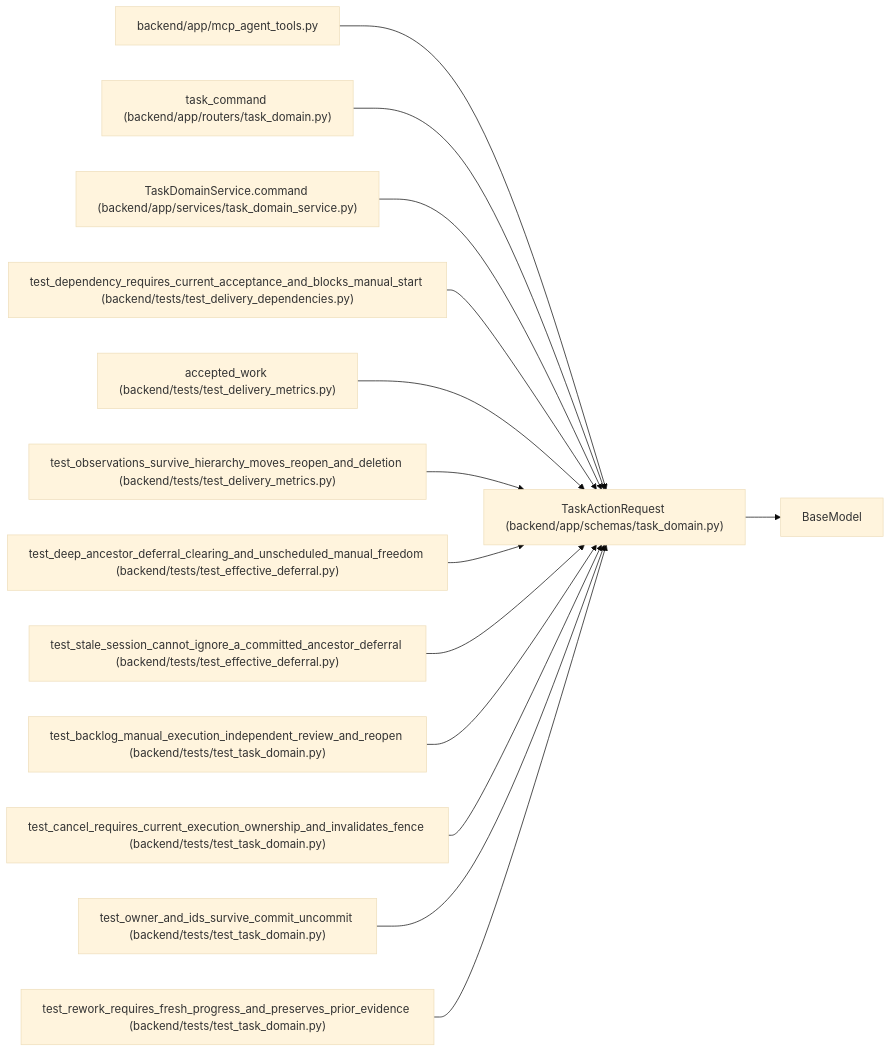
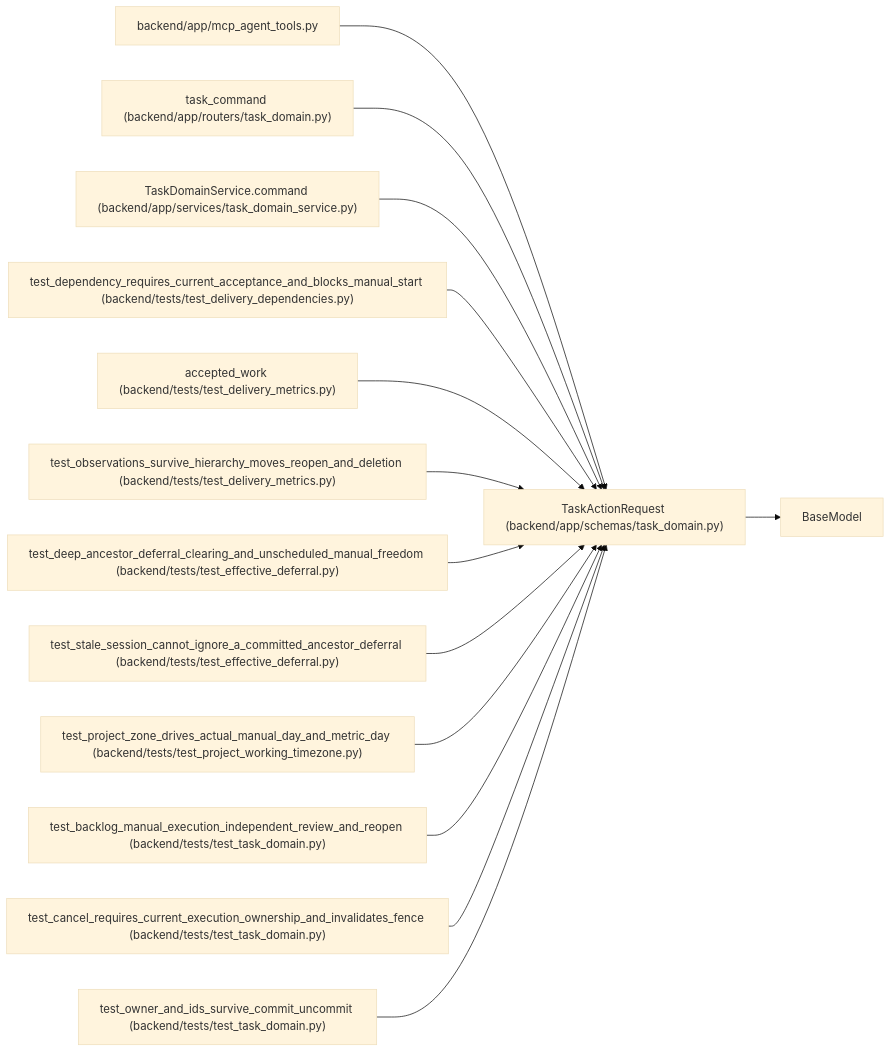
Before and after one commit to Denissvgn/WorkChord: the diagram in docs/llm_wiki/entities/TaskActionRequest.md, drawn with Mermaid (base theme). The commit also changed other lines of this file and 271 other files, not shown here.

Commit message:
docs(wiki): document declared project working zones

````diff
--- a/docs/llm_wiki/entities/TaskActionRequest.md
+++ b/docs/llm_wiki/entities/TaskActionRequest.md
@@ -46,43 +46,43 @@
 ```mermaid
 flowchart LR
     n0["TaskActionRequest (backend/app/schemas/task_domain.py)"]
     n1["BaseModel"]
     n2["backend/app/mcp_agent_tools.py"]
     n3["task_command (backend/app/routers/task_domain.py)"]
     n4["TaskDomainService.command (backend/app/services/task_domain_service.py)"]
     n5["test_dependency_requires_current_acceptance_and_blocks_manual_start (backend/tests/test_delivery_dependencies.py)"]
     n6["accepted_work (backend/tests/test_delivery_metrics.py)"]
     n7["test_observations_survive_hierarchy_moves_reopen_and_deletion (backend/tests/test_delivery_metrics.py)"]
     n8["test_deep_ancestor_deferral_clearing_and_unscheduled_manual_freedom (backend/tests/test_effective_deferral.py)"]
     n9["test_stale_session_cannot_ignore_a_committed_ancestor_deferral (backend/tests/test_effective_deferral.py)"]
-    n10["test_backlog_manual_execution_independent_review_and_reopen (backend/tests/test_task_domain.py)"]
-    n11["test_cancel_requires_current_execution_ownership_and_invalidates_fence (backend/tests/test_task_domain.py)"]
-    n12["test_owner_and_ids_survive_commit_uncommit (backend/tests/test_task_domain.py)"]
-    n13["test_rework_requires_fresh_progress_and_preserves_prior_evidence (backend/tests/test_task_domain.py)"]
+    n10["test_project_zone_drives_actual_manual_day_and_metric_day (backend/tests/test_project_working_timezone.py)"]
+    n11["test_backlog_manual_execution_independent_review_and_reopen (backend/tests/test_task_domain.py)"]
+    n12["test_cancel_requires_current_execution_ownership_and_invalidates_fence (backend/tests/test_task_domain.py)"]
+    n13["test_owner_and_ids_survive_commit_uncommit (backend/tests/test_task_domain.py)"]
     n0 --> n1
     n2 --> n0
     n3 --> n0
     n4 --> n0
     n5 --> n0
     n6 --> n0
     n7 --> n0
     n8 --> n0
     n9 --> n0
     n10 --> n0
     n11 --> n0
     n12 --> n0
     n13 --> n0
     click n0 "../modules/schemas_task_domain.md"
     click n2 "../modules/mcp_agent_tools.md"
     click n3 "../modules/routers_task_domain.md"
     click n4 "../modules/task_domain_service.md"
     click n5 "../modules/test_delivery_dependencies.md"
     click n6 "../modules/test_delivery_metrics.md"
     click n7 "../modules/test_delivery_metrics.md"
     click n8 "../modules/test_effective_deferral.md"
     click n9 "../modules/test_effective_deferral.md"
-    click n10 "../modules/test_task_domain.md"
+    click n10 "../modules/test_project_working_timezone.md"
     click n11 "../modules/test_task_domain.md"
     click n12 "../modules/test_task_domain.md"
     click n13 "../modules/test_task_domain.md"
 ```
````
